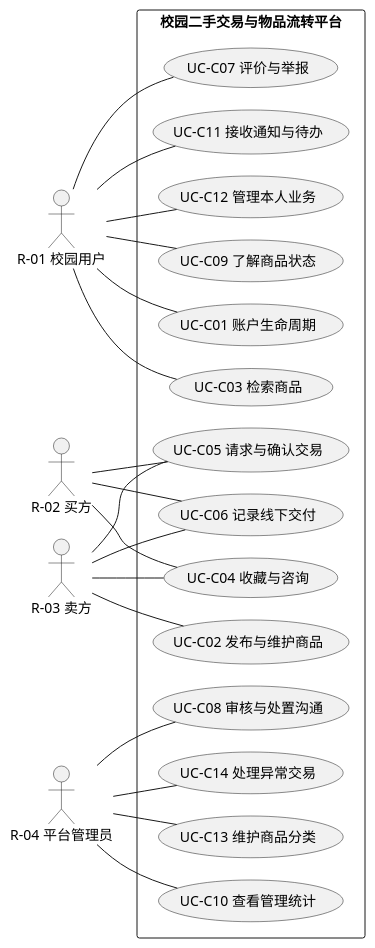
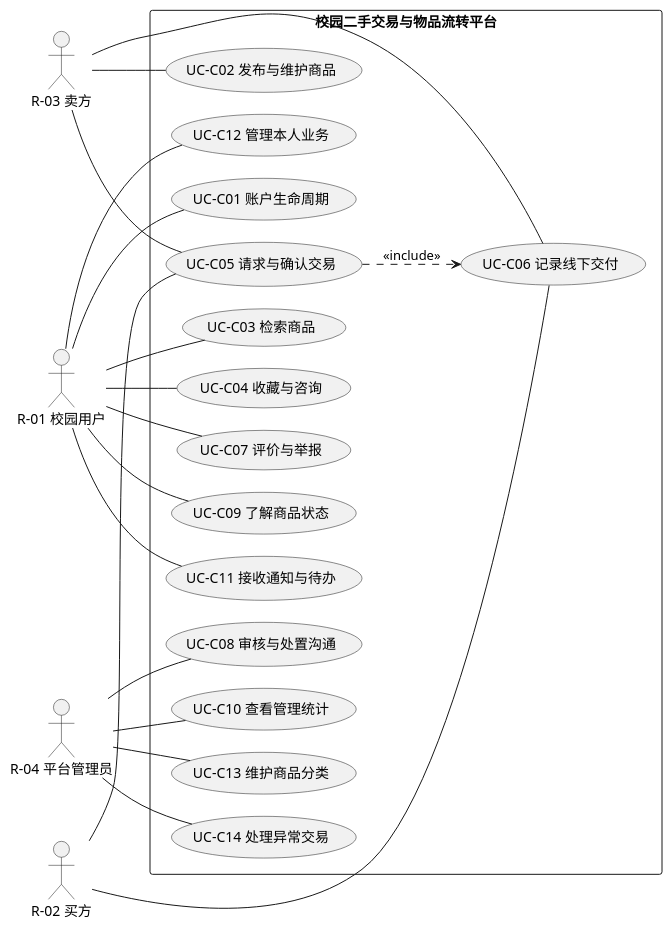
Before and after one commit to iy88/se-course-project-1: the diagram in docs/models/UC-01-系统用例图.puml, drawn with PlantUML. The commit also changed other lines of this file and 3 other files, not shown here.

First line of the commit message:
docs: 按 UML 用例图惯例重绘 UC-01 并润色用户故事

```diff
--- a/docs/models/UC-01-系统用例图.puml
+++ b/docs/models/UC-01-系统用例图.puml
@@ -7,49 +7,50 @@
 @startuml
 left to right direction
 skinparam defaultFontName "Microsoft YaHei"
 skinparam shadowing false
 skinparam packageStyle rectangle
 skinparam nodesep 22
 skinparam ranksep 40
 skinparam defaultTextAlignment center
 
 actor "R-01 校园用户" as A1
 actor "R-02 买方" as A2
 actor "R-03 卖方" as A3
 actor "R-04 平台管理员" as A4
 
 rectangle "校园二手交易与物品流转平台" {
   usecase "UC-C01 账户生命周期" as UC01
   usecase "UC-C03 检索商品" as UC03
+  usecase "UC-C04 收藏与咨询" as UC04
   usecase "UC-C07 评价与举报" as UC07
+  usecase "UC-C09 了解商品状态" as UC09
   usecase "UC-C11 接收通知与待办" as UC11
   usecase "UC-C12 管理本人业务" as UC12
-  usecase "UC-C04 收藏与咨询" as UC04
+  usecase "UC-C02 发布与维护商品" as UC02
   usecase "UC-C05 请求与确认交易" as UC05
   usecase "UC-C06 记录线下交付" as UC06
-  usecase "UC-C02 发布与维护商品" as UC02
-  usecase "UC-C09 了解商品状态" as UC09
+  usecase "UC-C08 审核与处置沟通" as UC08
+  usecase "UC-C10 查看管理统计" as UC10
   usecase "UC-C13 维护商品分类" as UC13
-  usecase "UC-C10 查看管理统计" as UC10
-  usecase "UC-C08 审核与处置沟通" as UC08
   usecase "UC-C14 处理异常交易" as UC14
 }
 
 A1 -- UC01
 A1 -- UC03
+A1 -- UC04
 A1 -- UC07
+A1 -- UC09
 A1 -- UC11
 A1 -- UC12
-A1 -- UC09
-A2 -- UC04
 A2 -- UC05
 A2 -- UC06
-A3 -- UC04
+A3 -- UC02
 A3 -- UC05
 A3 -- UC06
-A3 -- UC02
+A4 -- UC08
+A4 -- UC10
 A4 -- UC13
-A4 -- UC10
-A4 -- UC08
 A4 -- UC14
+
+UC05 ..> UC06 : <<include>>
 @enduml
```
